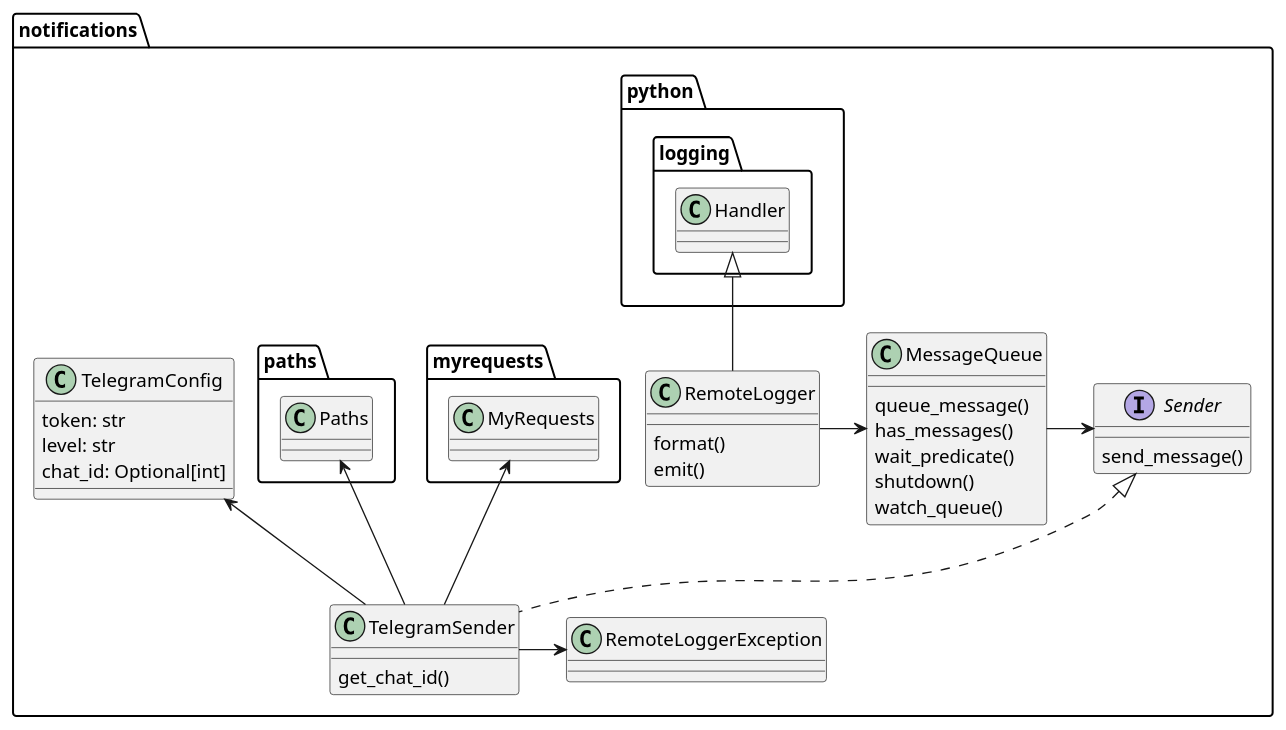
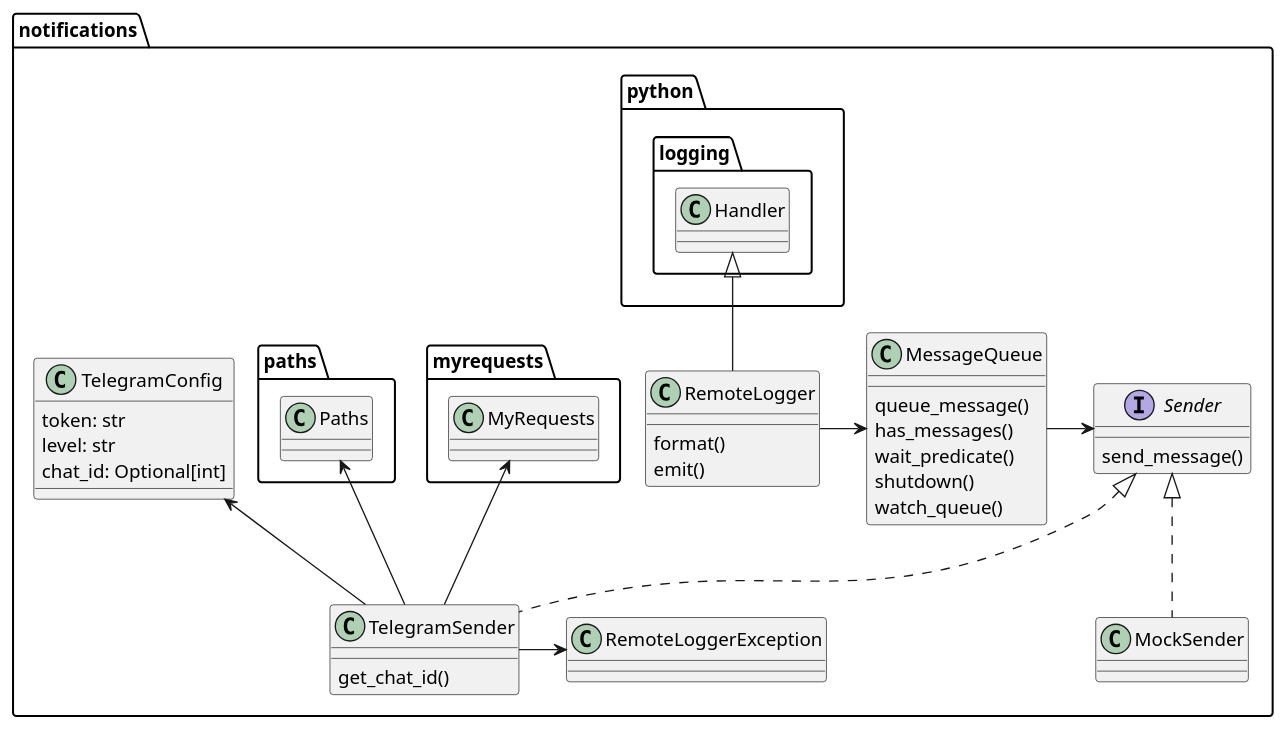
One commit to martin-ueding/vigilant-crypto-snatch changed the diagram in docs/dev/graphs/notifications.puml. Above: the diagram before and after it, drawn with PlantUML. The commit also changed 12 other files, not shown here.

```diff
--- a/docs/dev/graphs/notifications.puml
+++ b/docs/dev/graphs/notifications.puml
@@ -1,46 +1,48 @@
 @startuml
 
 allowmixing
 
 namespace notifications {
 
 class TelegramConfig {
     token: str
     level: str
     chat_id: Optional[int]
 }
 
 class RemoteLogger extends python.logging.Handler {
 format()
 emit()
 }
 
 class RemoteLoggerException
 
 class MessageQueue {
     queue_message()
     has_messages()
     wait_predicate()
     shutdown()
     watch_queue()
 }
 
 interface Sender {
     send_message()
 }
 
 MessageQueue -> Sender
 
 class TelegramSender implements Sender {
     get_chat_id()
 }
 
 TelegramConfig <-- TelegramSender
 
 RemoteLogger -> MessageQueue
 myrequests.MyRequests <-- TelegramSender
 TelegramSender -> RemoteLoggerException
 paths.Paths <-- TelegramSender
 
+class MockSender implements Sender
+
 }
 @enduml
```
